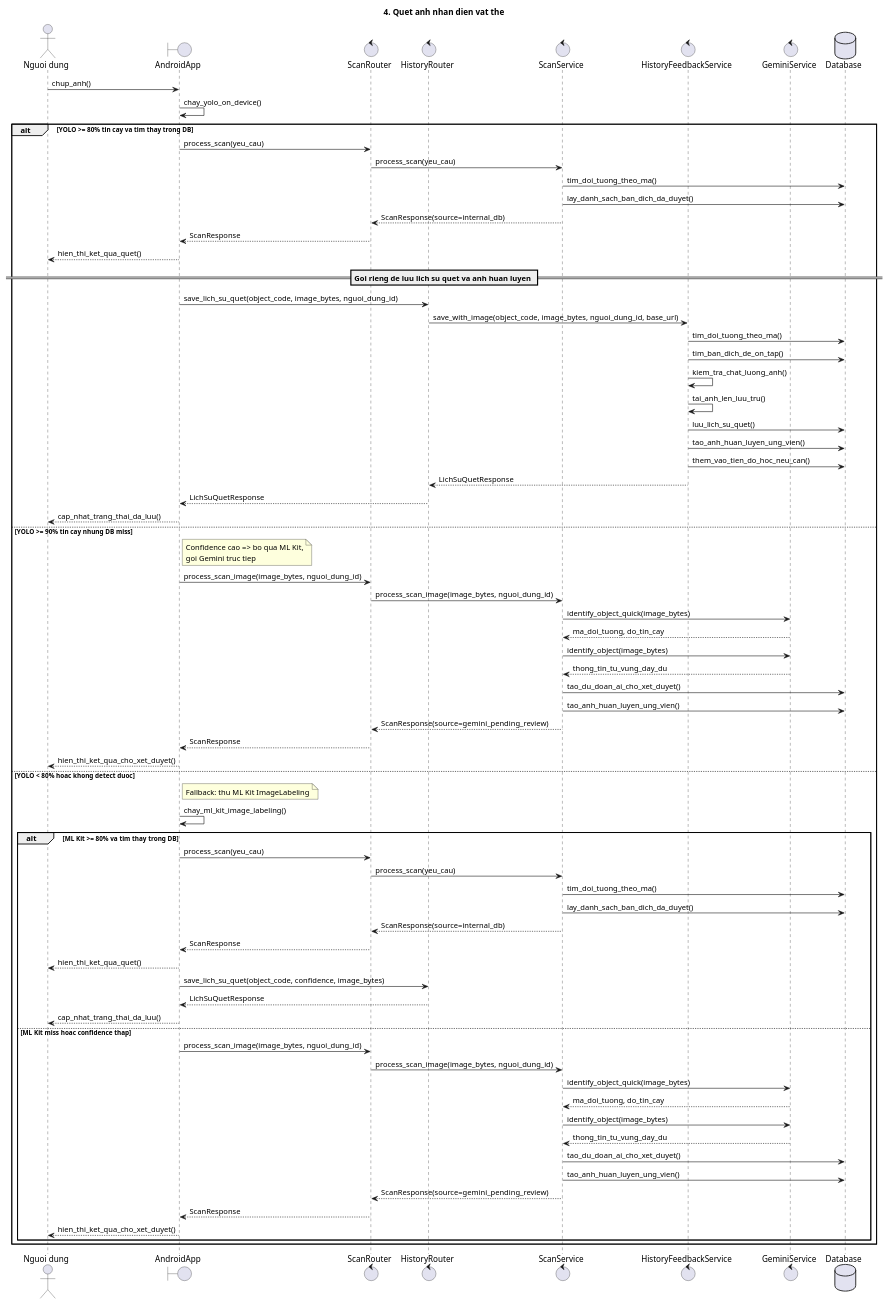
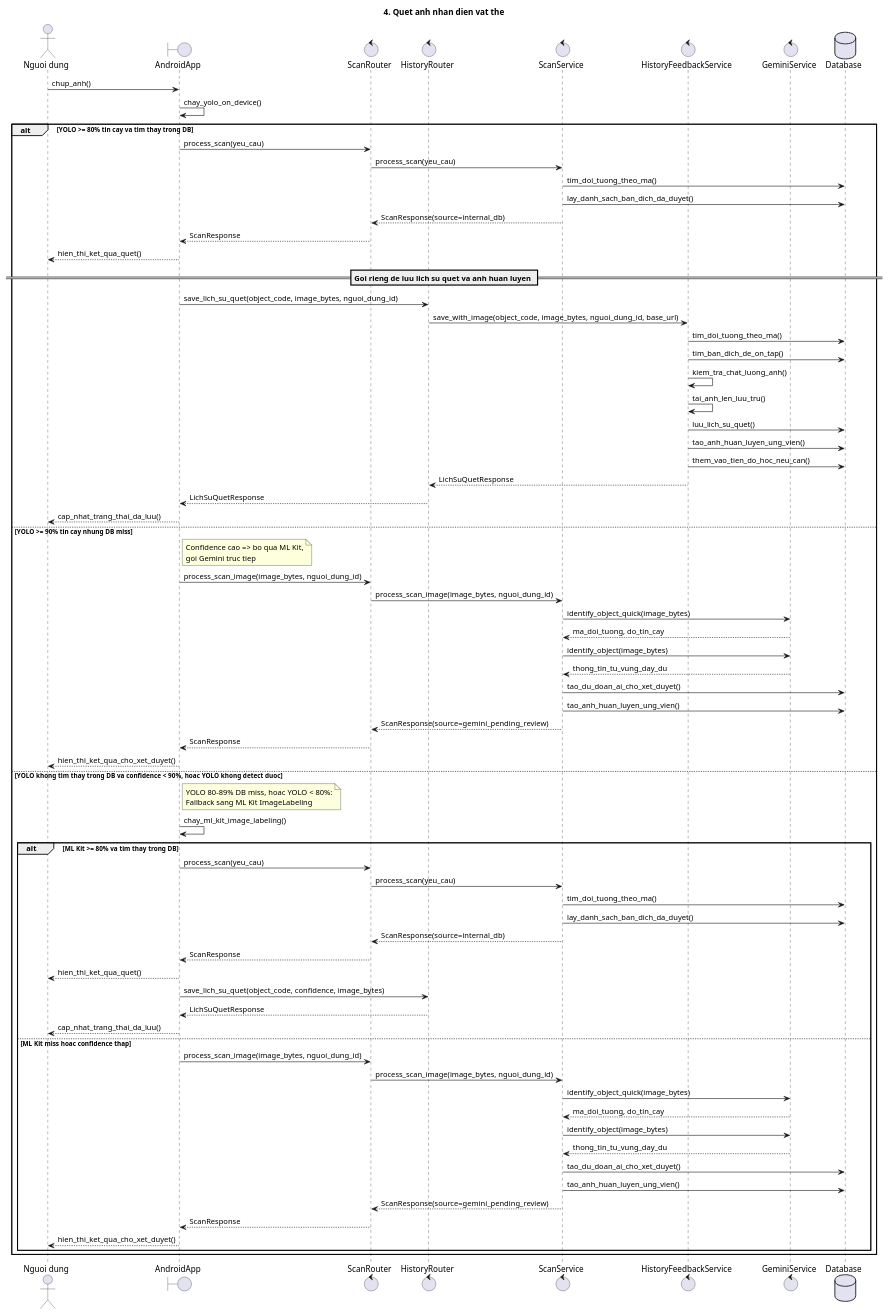
Before and after one commit to DinhDucNguyen/Object_Scanner: the fourth of 9 diagrams in docs/sequence_diagrams_level2.puml, drawn with PlantUML.

Commit message:
fix: correct ML Kit fallback condition in scan sequence diagram
YOLO >= 80% with DB miss and confidence 80-89% also falls through to
ML Kit, not just when YOLO < 80%. Condition now matches ScanViewModel.

```diff
--- a/docs/sequence_diagrams_level2.puml
+++ b/docs/sequence_diagrams_level2.puml
@@ -140,88 +140,89 @@
 @startuml
 title 4. Quet anh nhan dien vat the
 
 actor "Nguoi dung" as User
 boundary "AndroidApp" as App
 control "ScanRouter" as ScanRouter
 control "HistoryRouter" as HistoryRouter
 control "ScanService" as Scan
 control "HistoryFeedbackService" as History
 control "GeminiService" as Gemini
 database "Database" as DB
 
 User -> App: chup_anh()
 App -> App: chay_yolo_on_device()
 
 alt YOLO >= 80% tin cay va tim thay trong DB
     App -> ScanRouter: process_scan(yeu_cau)
     ScanRouter -> Scan: process_scan(yeu_cau)
     Scan -> DB: tim_doi_tuong_theo_ma()
     Scan -> DB: lay_danh_sach_ban_dich_da_duyet()
     Scan --> ScanRouter: ScanResponse(source=internal_db)
     ScanRouter --> App: ScanResponse
     App --> User: hien_thi_ket_qua_quet()
 
     == Goi rieng de luu lich su quet va anh huan luyen ==
     App -> HistoryRouter: save_lich_su_quet(object_code, image_bytes, nguoi_dung_id)
     HistoryRouter -> History: save_with_image(object_code, image_bytes, nguoi_dung_id, base_url)
     History -> DB: tim_doi_tuong_theo_ma()
     History -> DB: tim_ban_dich_de_on_tap()
     History -> History: kiem_tra_chat_luong_anh()
     History -> History: tai_anh_len_luu_tru()
     History -> DB: luu_lich_su_quet()
     History -> DB: tao_anh_huan_luyen_ung_vien()
     History -> DB: them_vao_tien_do_hoc_neu_can()
     History --> HistoryRouter: LichSuQuetResponse
     HistoryRouter --> App: LichSuQuetResponse
     App --> User: cap_nhat_trang_thai_da_luu()
 
 else YOLO >= 90% tin cay nhung DB miss
     note right of App
         Confidence cao => bo qua ML Kit,
         goi Gemini truc tiep
     end note
     App -> ScanRouter: process_scan_image(image_bytes, nguoi_dung_id)
     ScanRouter -> Scan: process_scan_image(image_bytes, nguoi_dung_id)
     Scan -> Gemini: identify_object_quick(image_bytes)
     Gemini --> Scan: ma_doi_tuong, do_tin_cay
     Scan -> Gemini: identify_object(image_bytes)
     Gemini --> Scan: thong_tin_tu_vung_day_du
     Scan -> DB: tao_du_doan_ai_cho_xet_duyet()
     Scan -> DB: tao_anh_huan_luyen_ung_vien()
     Scan --> ScanRouter: ScanResponse(source=gemini_pending_review)
     ScanRouter --> App: ScanResponse
     App --> User: hien_thi_ket_qua_cho_xet_duyet()
 
-else YOLO < 80% hoac khong detect duoc
+else YOLO khong tim thay trong DB va confidence < 90%, hoac YOLO khong detect duoc
     note right of App
-        Fallback: thu ML Kit ImageLabeling
+        YOLO 80-89% DB miss, hoac YOLO < 80%:
+        Fallback sang ML Kit ImageLabeling
     end note
     App -> App: chay_ml_kit_image_labeling()
 
     alt ML Kit >= 80% va tim thay trong DB
         App -> ScanRouter: process_scan(yeu_cau)
         ScanRouter -> Scan: process_scan(yeu_cau)
         Scan -> DB: tim_doi_tuong_theo_ma()
         Scan -> DB: lay_danh_sach_ban_dich_da_duyet()
         Scan --> ScanRouter: ScanResponse(source=internal_db)
         ScanRouter --> App: ScanResponse
         App --> User: hien_thi_ket_qua_quet()
         App -> HistoryRouter: save_lich_su_quet(object_code, confidence, image_bytes)
         HistoryRouter --> App: LichSuQuetResponse
         App --> User: cap_nhat_trang_thai_da_luu()
 
     else ML Kit miss hoac confidence thap
         App -> ScanRouter: process_scan_image(image_bytes, nguoi_dung_id)
         ScanRouter -> Scan: process_scan_image(image_bytes, nguoi_dung_id)
         Scan -> Gemini: identify_object_quick(image_bytes)
         Gemini --> Scan: ma_doi_tuong, do_tin_cay
         Scan -> Gemini: identify_object(image_bytes)
         Gemini --> Scan: thong_tin_tu_vung_day_du
         Scan -> DB: tao_du_doan_ai_cho_xet_duyet()
         Scan -> DB: tao_anh_huan_luyen_ung_vien()
         Scan --> ScanRouter: ScanResponse(source=gemini_pending_review)
         ScanRouter --> App: ScanResponse
         App --> User: hien_thi_ket_qua_cho_xet_duyet()
     end
 end
 @enduml
```
